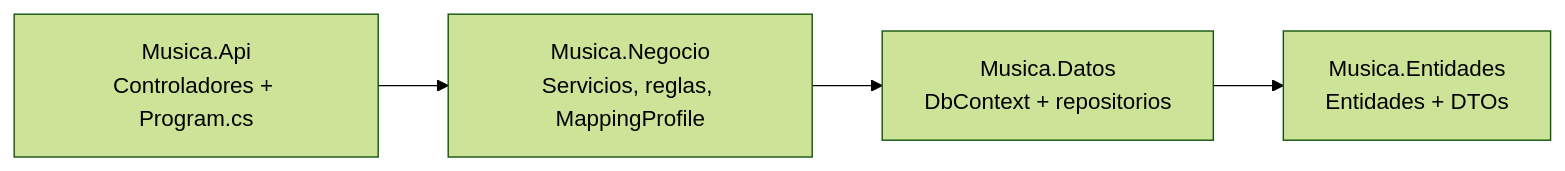
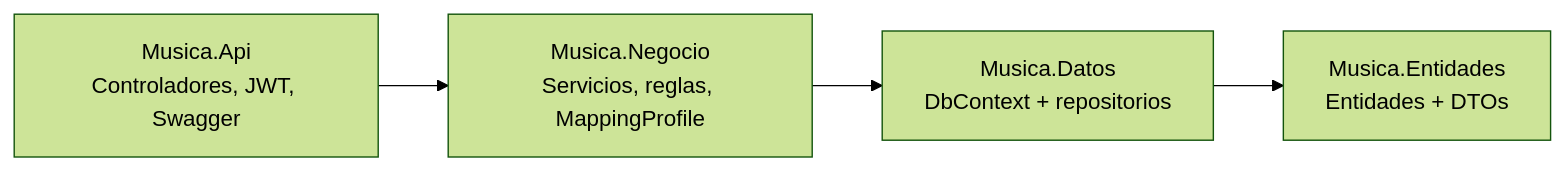
The diagram in README.md (lynmad05/MusicaCapas), drawn with Mermaid (forest theme) before and after one commit. The commit also changed other lines of this file, not shown here.

First line of the commit message:
Enhance README with JWT and lab updates

````diff
--- a/README.md
+++ b/README.md
@@ -59,6 +65,6 @@
 ```mermaid
 flowchart LR
-    API["Musica.Api<br/>Controladores + Program.cs"] --> NEG["Musica.Negocio<br/>Servicios, reglas, MappingProfile"]
+    API["Musica.Api<br/>Controladores, JWT, Swagger"] --> NEG["Musica.Negocio<br/>Servicios, reglas, MappingProfile"]
     NEG --> DAT["Musica.Datos<br/>DbContext + repositorios"]
     DAT --> ENT["Musica.Entidades<br/>Entidades + DTOs"]
 ```
````
